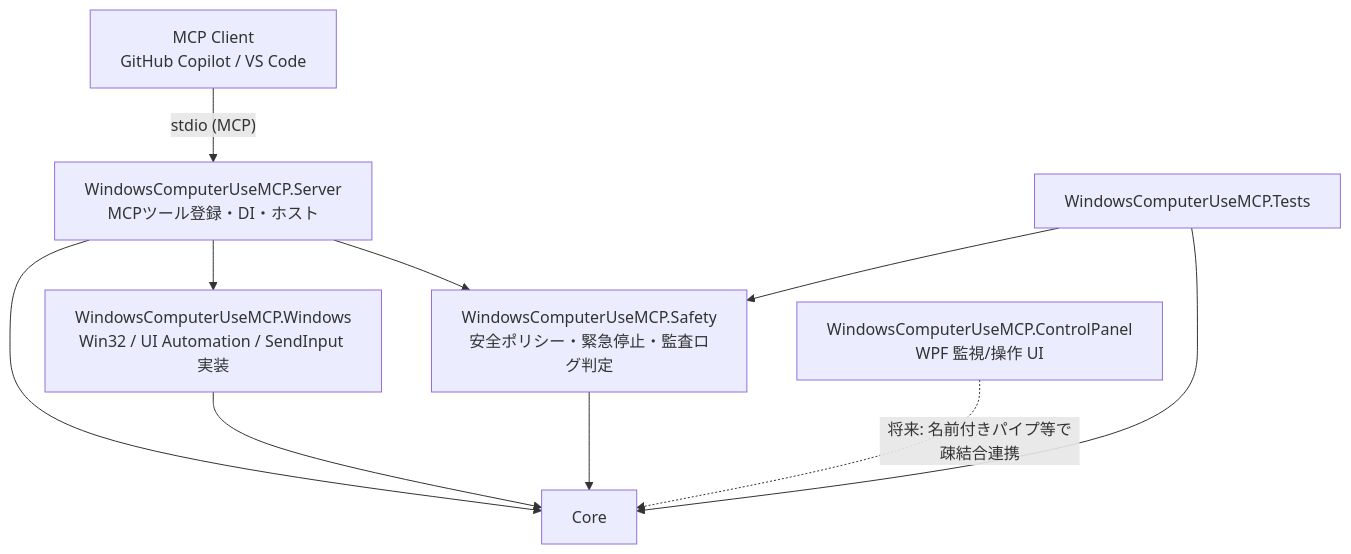
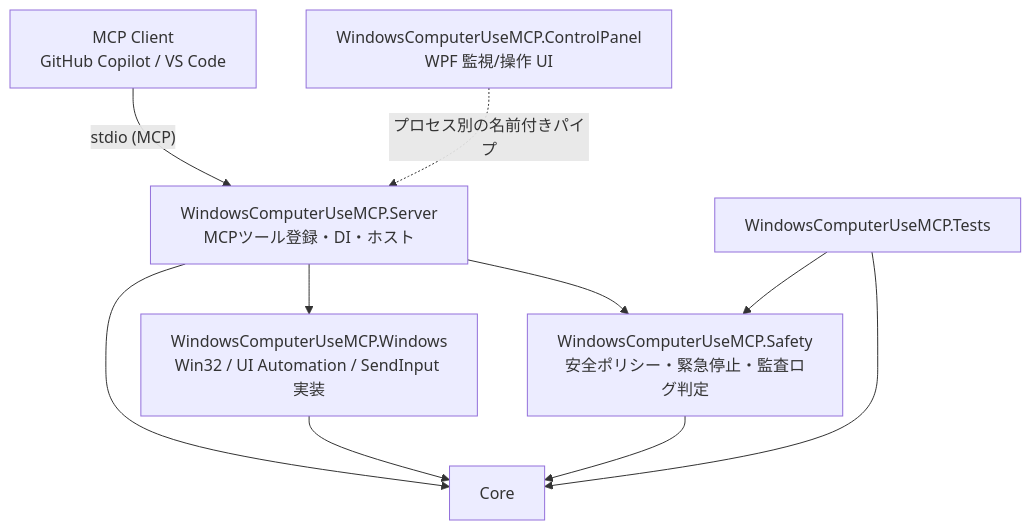
One commit to monoqlo78/WindowsComputerUseMCP changed the diagram in ARCHITECTURE.md. Above: the diagram before and after it, drawn with Mermaid. The commit also changed other lines of this file and 16 other files, not shown here.

First line of the commit message:
Make MCP activation explicit and isolate ControlPanel IPC per process

````diff
--- a/ARCHITECTURE.md
+++ b/ARCHITECTURE.md
@@ -27,12 +27,12 @@
 ```mermaid
 graph TD
     Client[MCP Client<br/>GitHub Copilot / VS Code] -- stdio (MCP) --> Server
     Server[WindowsComputerUseMCP.Server<br/>MCPツール登録・DI・ホスト] --> Core
     Server --> Windows
     Server --> Safety
     Windows[WindowsComputerUseMCP.Windows<br/>Win32 / UI Automation / SendInput 実装] --> Core
     Safety[WindowsComputerUseMCP.Safety<br/>安全ポリシー・緊急停止・監査ログ判定] --> Core
-    ControlPanel[WindowsComputerUseMCP.ControlPanel<br/>WPF 監視/操作 UI] -.将来: 名前付きパイプ等で疎結合連携.-> Core
+    ControlPanel[WindowsComputerUseMCP.ControlPanel<br/>WPF 監視/操作 UI] -.プロセス別の名前付きパイプ.-> Server
     Tests[WindowsComputerUseMCP.Tests] --> Core
     Tests --> Safety
 ```
````
